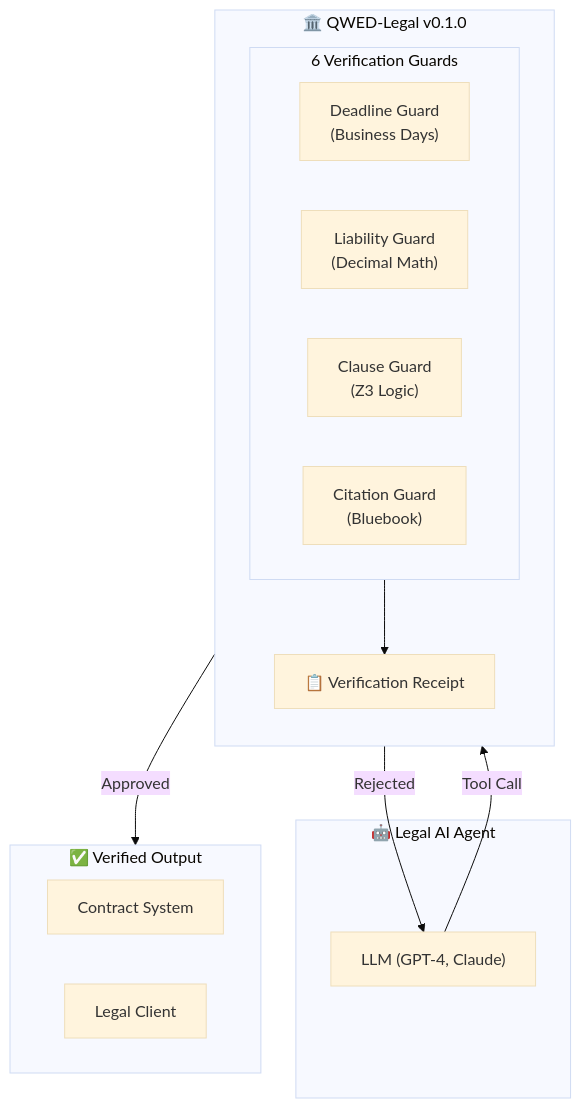
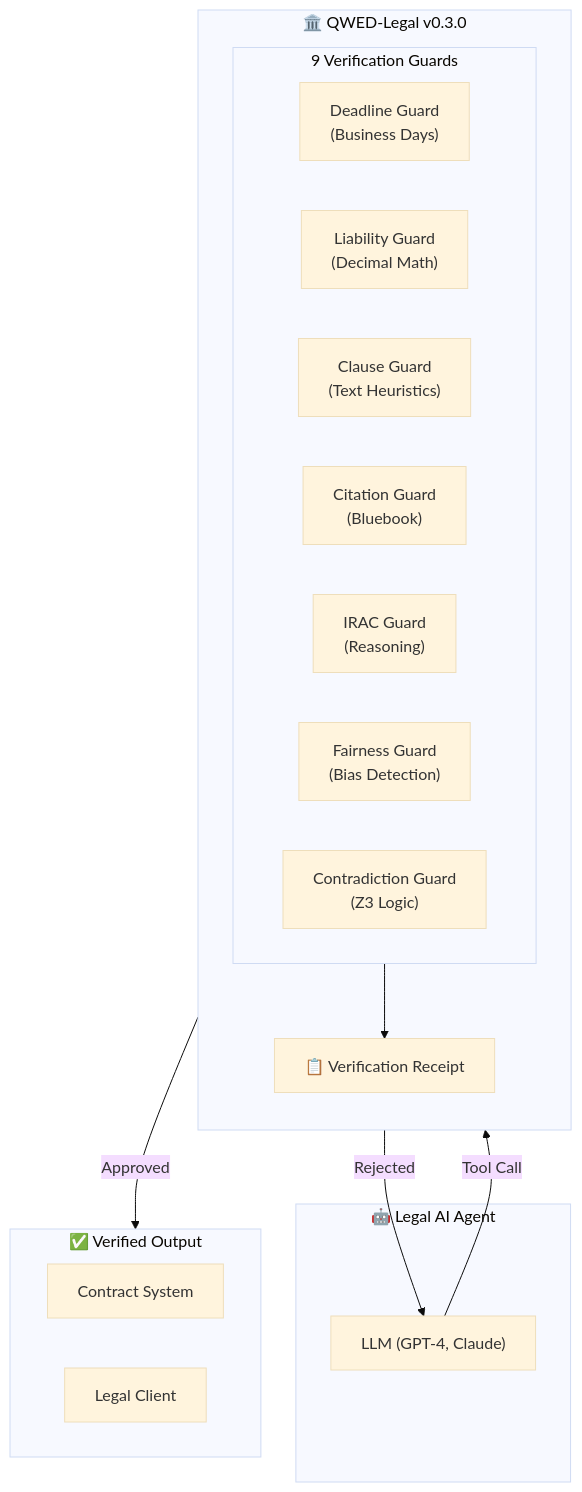
The first of 2 diagrams in legal/overview.mdx (QWED-AI/docs), drawn with Mermaid (base theme) before and after one commit. The commit also changed other lines of this file and 1 other file, not shown here.

Commit message:
docs: add IRACGuard, FairnessGuard, ContradictionGuard, and SACProcessor for v0.3.0

````diff
--- a/legal/overview.mdx
+++ b/legal/overview.mdx
@@ -73,27 +76,30 @@
 ```mermaid
 flowchart TB
     subgraph Agent["🤖 Legal AI Agent"]
         LLM["LLM (GPT-4, Claude)"]
     end
     
-    subgraph QWED["🏛️ QWED-Legal v0.1.0"]
+    subgraph QWED["🏛️ QWED-Legal v0.3.0"]
         direction TB
-        subgraph Guards["6 Verification Guards"]
+        subgraph Guards["9 Verification Guards"]
             DG["Deadline Guard<br/>(Business Days)"]
             LG["Liability Guard<br/>(Decimal Math)"]
-            CG["Clause Guard<br/>(Z3 Logic)"]
+            CG["Clause Guard<br/>(Text Heuristics)"]
             CTG["Citation Guard<br/>(Bluebook)"]
+            IG["IRAC Guard<br/>(Reasoning)"]
+            FG["Fairness Guard<br/>(Bias Detection)"]
+            CDG["Contradiction Guard<br/>(Z3 Logic)"]
         end
         Receipt["📋 Verification Receipt"]
     end
     
     subgraph Output["✅ Verified Output"]
         Contract["Contract System"]
         Client["Legal Client"]
     end
     
     LLM -->|"Tool Call"| Guards
     Guards --> Receipt
     Receipt -->|"Approved"| Output
     Receipt -->|"Rejected"| LLM
 ```
````
